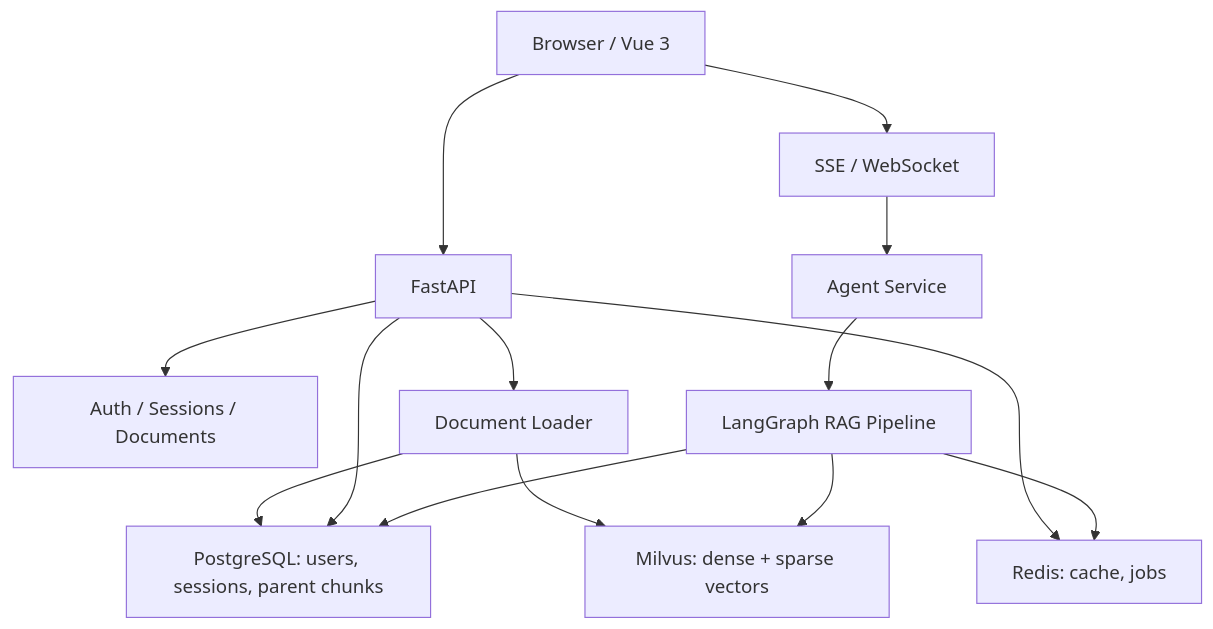
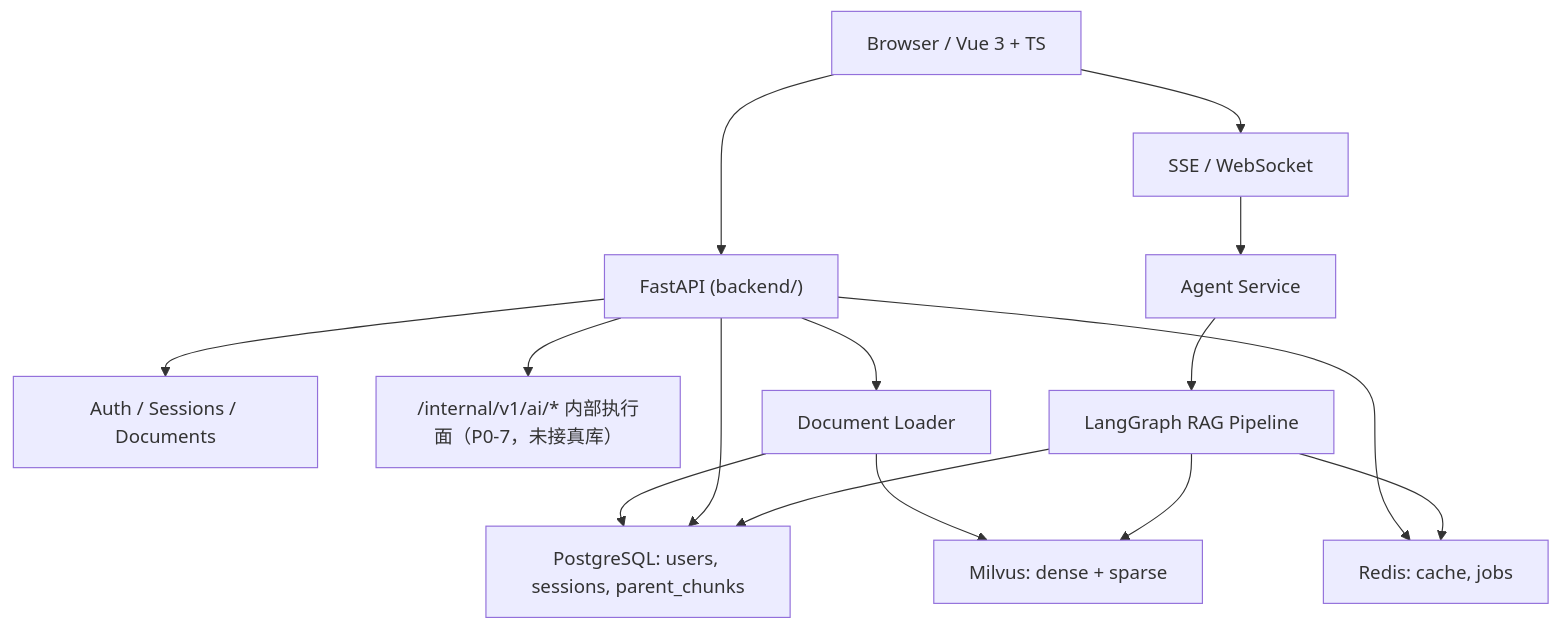
One commit to DGitHub-Creator/PaperRAG changed the first of 2 diagrams in README.md. Above: the diagram before and after it, drawn with Mermaid. The commit also changed other lines of this file and 22 other files, not shown here.

````diff
--- a/README.md
+++ b/README.md
@@ -31,16 +62,17 @@
 ```mermaid
 flowchart TB
-    Browser["Browser / Vue 3"] --> API["FastAPI"]
+    Browser["Browser / Vue 3 + TS"] --> API["FastAPI (backend/)"]
     Browser --> Stream["SSE / WebSocket"]
     Stream --> Agent["Agent Service"]
     API --> Auth["Auth / Sessions / Documents"]
+    API --> Internal["/internal/v1/ai/* 内部执行面（P0-7，未接真库）"]
     Agent --> RAG["LangGraph RAG Pipeline"]
-    RAG --> Milvus["Milvus: dense + sparse vectors"]
-    RAG --> PG["PostgreSQL: users, sessions, parent chunks"]
+    RAG --> Milvus["Milvus: dense + sparse"]
+    RAG --> PG["PostgreSQL: users, sessions, parent_chunks"]
     RAG --> Redis["Redis: cache, jobs"]
     API --> PG
     API --> Redis
     API --> Loader["Document Loader"]
     Loader --> PG
     Loader --> Milvus
 ```
````
